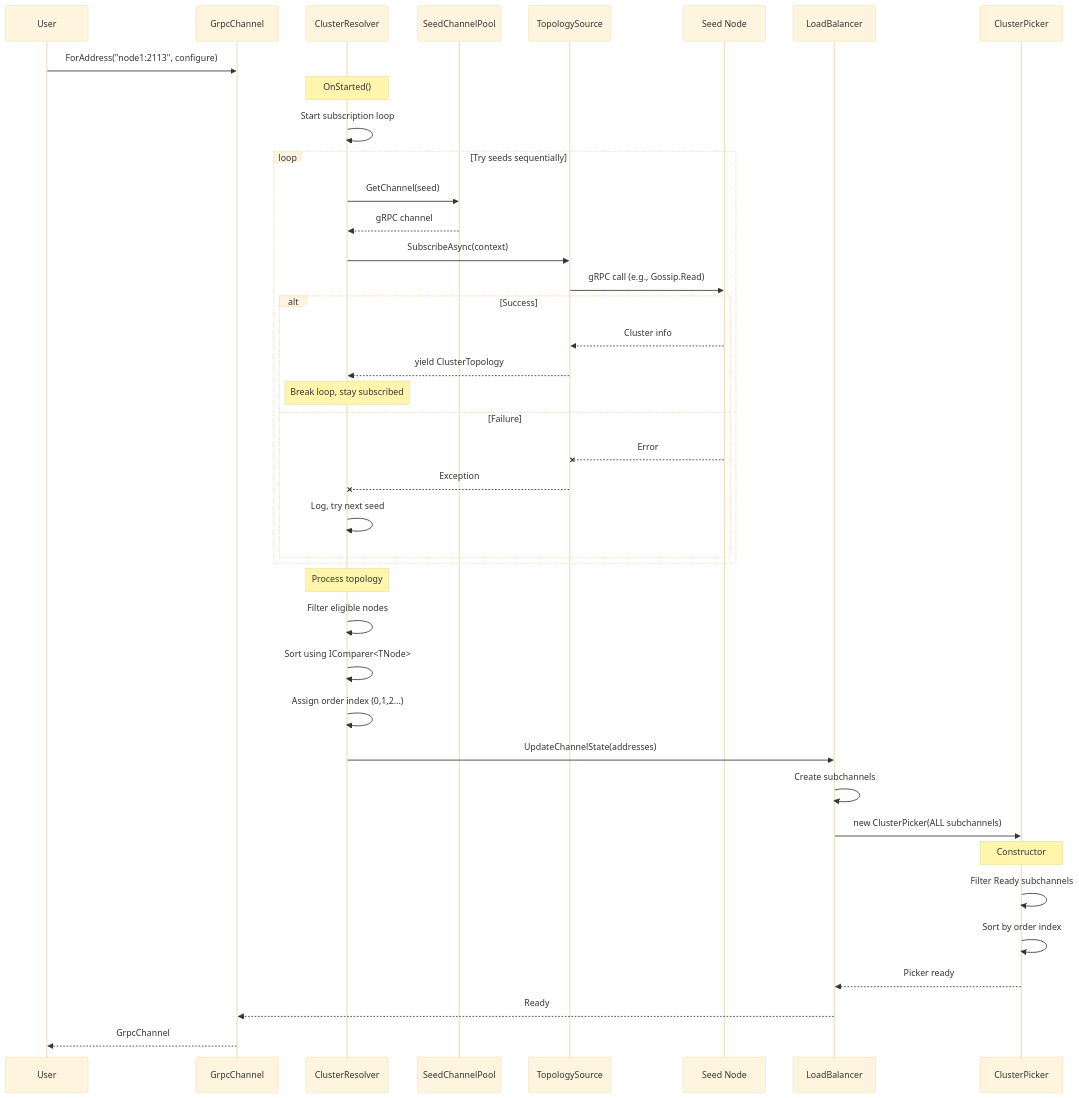
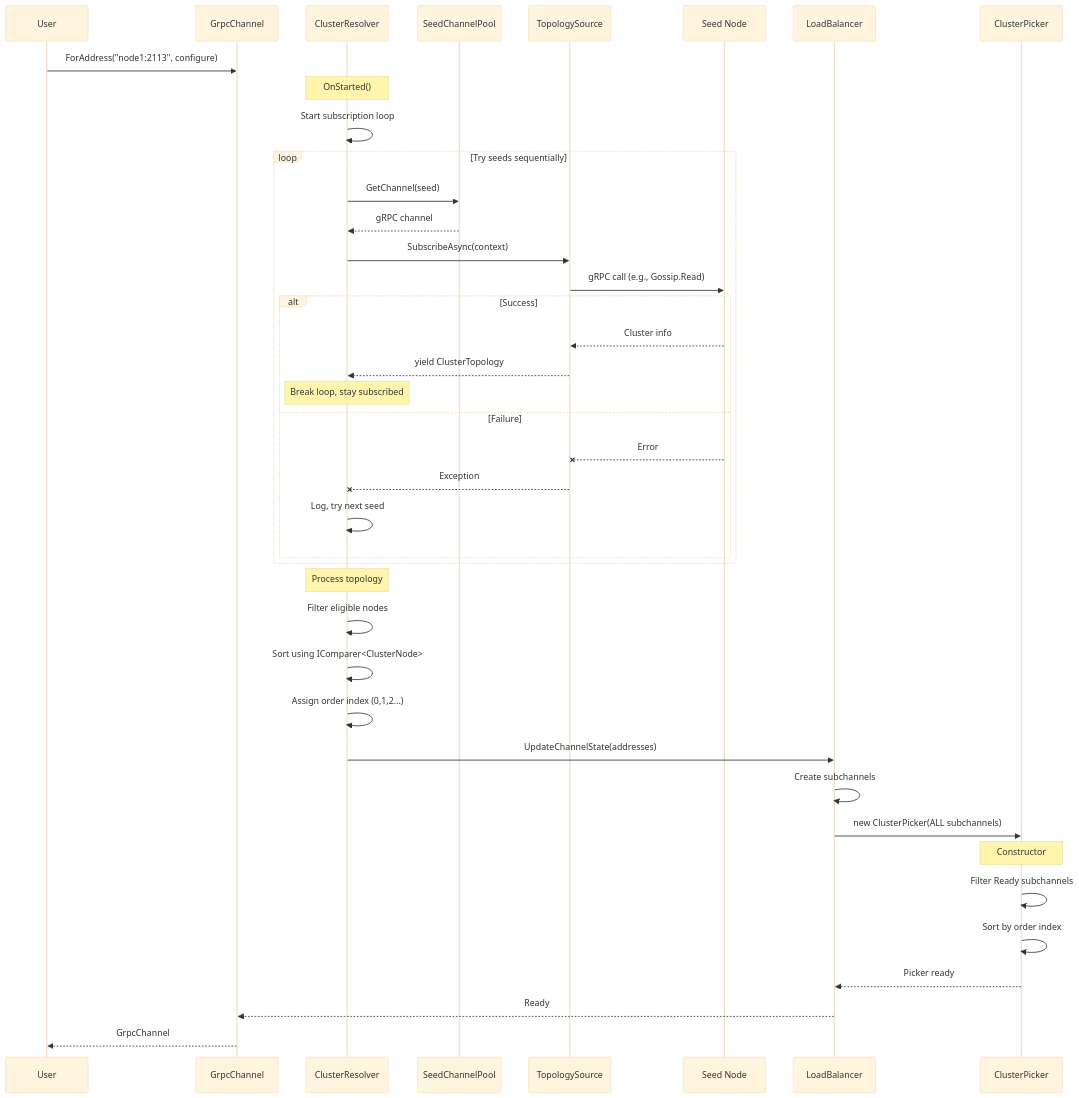
One commit to RagingKore/claude-code-context changed the first of 5 diagrams in GRPC_LOAD_BALANCER_SPEC.md. Above: the diagram before and after it, drawn with Mermaid (base theme). The commit also changed other lines of this file and 10 other files, not shown here.

First line of the commit message:
Remove generics: use ClusterNode with Metadata dictionary

````diff
--- a/GRPC_LOAD_BALANCER_SPEC.md
+++ b/GRPC_LOAD_BALANCER_SPEC.md
@@ -514,52 +552,52 @@
 ```mermaid
 sequenceDiagram
     participant User
     participant Channel as GrpcChannel
     participant Resolver as ClusterResolver
     participant Pool as SeedChannelPool
     participant Source as TopologySource
     participant Seed as Seed Node
     participant LB as LoadBalancer
     participant Picker as ClusterPicker
 
     User->>Channel: ForAddress("node1:2113", configure)
 
     Note over Resolver: OnStarted()
     Resolver->>Resolver: Start subscription loop
 
     loop Try seeds sequentially
         Resolver->>Pool: GetChannel(seed)
         Pool-->>Resolver: gRPC channel
 
         Resolver->>Source: SubscribeAsync(context)
         Source->>Seed: gRPC call (e.g., Gossip.Read)
 
         alt Success
             Seed-->>Source: Cluster info
             Source-->>Resolver: yield ClusterTopology
             Note over Resolver: Break loop, stay subscribed
         else Failure
             Seed--xSource: Error
             Source--xResolver: Exception
             Resolver->>Resolver: Log, try next seed
         end
     end
 
     Note over Resolver: Process topology
     Resolver->>Resolver: Filter eligible nodes
-    Resolver->>Resolver: Sort using IComparer<TNode>
+    Resolver->>Resolver: Sort using IComparer<ClusterNode>
     Resolver->>Resolver: Assign order index (0,1,2...)
 
     Resolver->>LB: UpdateChannelState(addresses)
 
     LB->>LB: Create subchannels
     LB->>Picker: new ClusterPicker(ALL subchannels)
 
     Note over Picker: Constructor
     Picker->>Picker: Filter Ready subchannels
     Picker->>Picker: Sort by order index
 
     Picker-->>LB: Picker ready
     LB-->>Channel: Ready
     Channel-->>User: GrpcChannel
 ```
````
